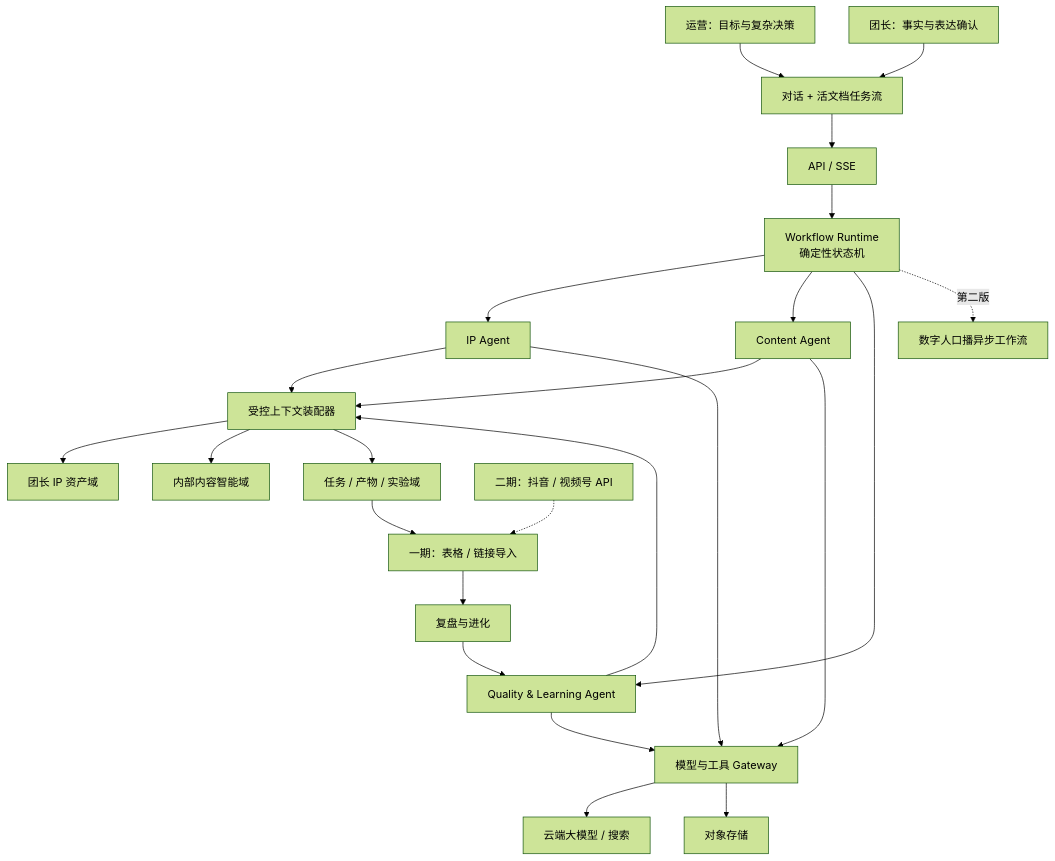
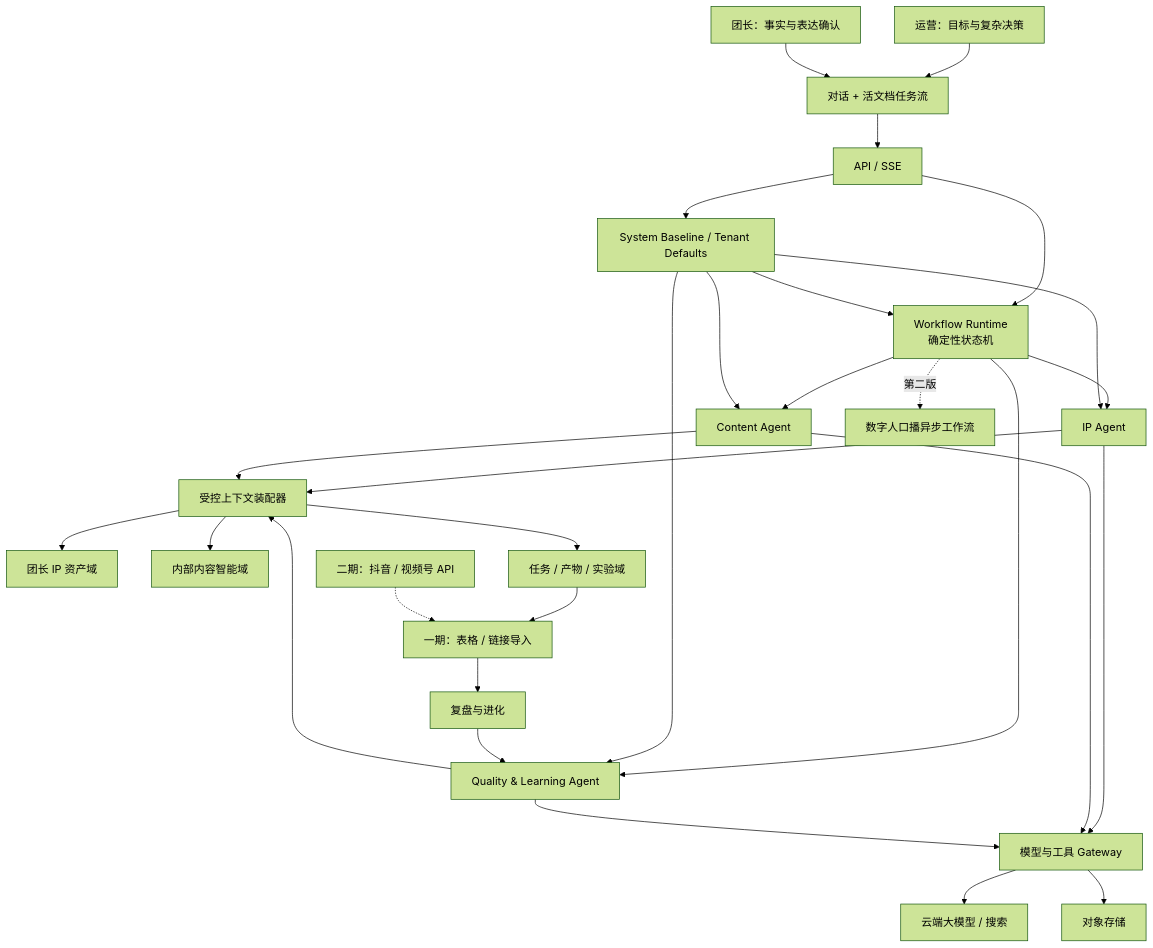
One commit to iSamlzh/short-video-llm changed the first of 2 diagrams in docs/superpowers/specs/2026-08-15-group-leader-content-growth-agent-design.md. Above: the diagram before and after it, drawn with Mermaid (forest theme). The commit also changed other lines of this file, not shown here.

Commit message:
docs: add runnable default baseline

````diff
--- a/docs/superpowers/specs/2026-08-15-group-leader-content-growth-agent-design.md
+++ b/docs/superpowers/specs/2026-08-15-group-leader-content-growth-agent-design.md
@@ -131,22 +136,25 @@
 ```mermaid
 flowchart TB
     U1["运营：目标与复杂决策"] --> UI["对话 + 活文档任务流"]
     U2["团长：事实与表达确认"] --> UI
     UI --> API["API / SSE"]
+    API --> BASE["System Baseline / Tenant Defaults"]
     API --> WF["Workflow Runtime\n确定性状态机"]
+    BASE --> WF
     WF --> A1["IP Agent"]
     WF --> A2["Content Agent"]
     WF --> A3["Quality & Learning Agent"]
+    BASE --> A1 & A2 & A3
     WF -. 第二版 .-> VIDEO["数字人口播异步工作流"]
     A1 & A2 & A3 --> CTX["受控上下文装配器"]
     CTX --> IP["团长 IP 资产域"]
     CTX --> INTEL["内部内容智能域"]
     CTX --> RUN["任务 / 产物 / 实验域"]
     A1 & A2 & A3 --> TOOLS["模型与工具 Gateway"]
     TOOLS --> LLM["云端大模型 / 搜索"]
     TOOLS --> STORAGE["对象存储"]
     RUN --> IMPORT["一期：表格 / 链接导入"]
     IMPORT --> REVIEW["复盘与进化"]
     REVIEW --> A3
     P2["二期：抖音 / 视频号 API"] -.-> IMPORT
 ```
````
